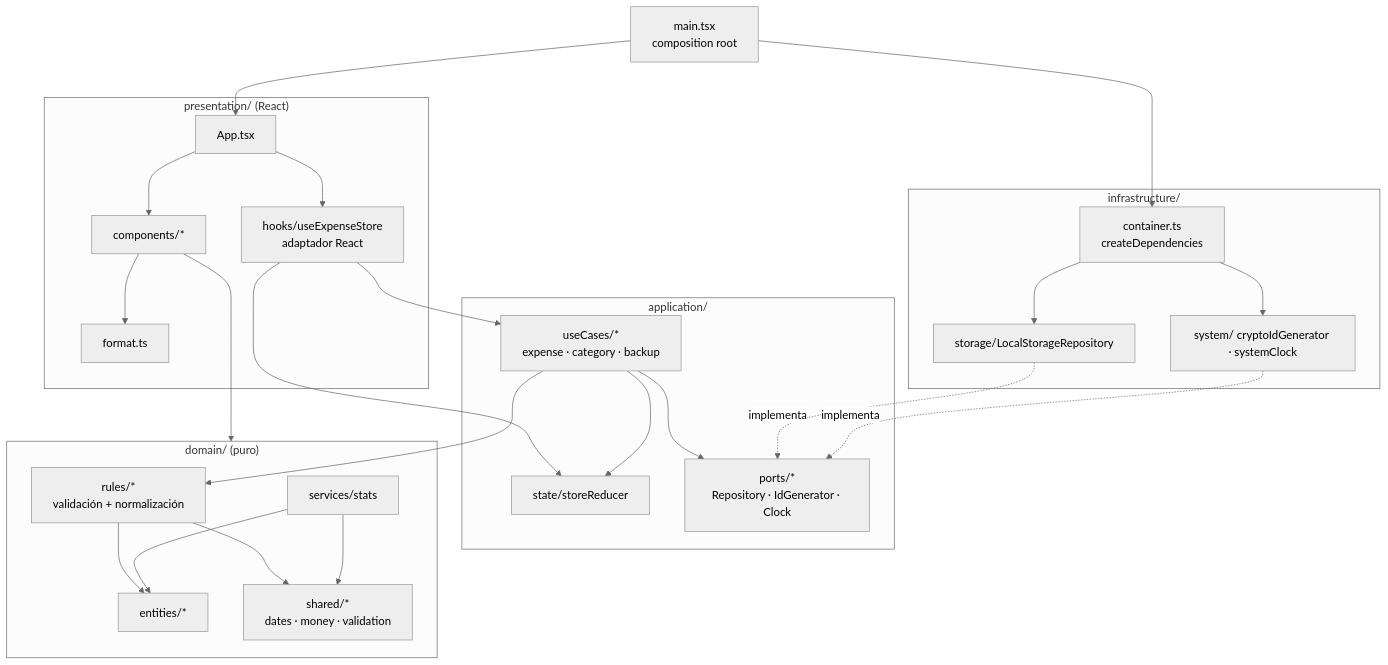
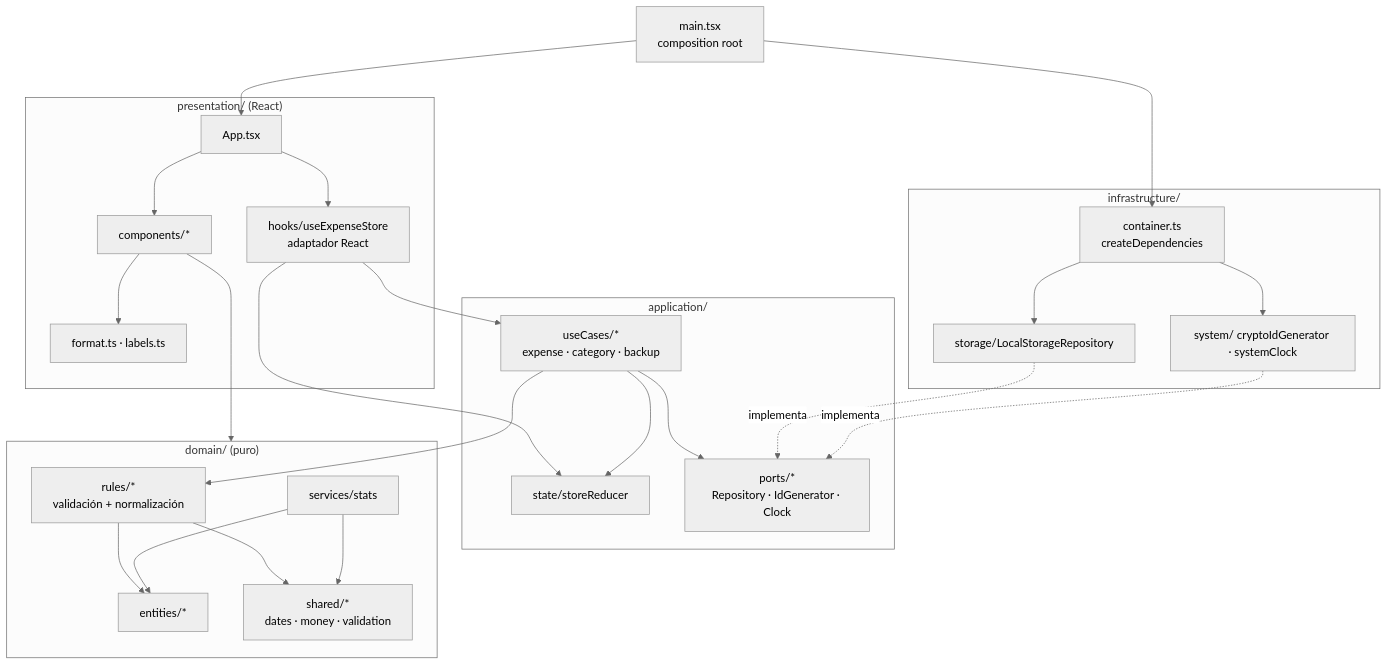
The first of 2 diagrams in docs/ARQUITECTURA.md (kevinsonalo/gastos-app), drawn with Mermaid (neutral theme) before and after one commit. The commit also changed other lines of this file and 5 other files, not shown here.

````diff
--- a/docs/ARQUITECTURA.md
+++ b/docs/ARQUITECTURA.md
@@ -30,42 +30,42 @@
 ```mermaid
 flowchart TD
     Main["main.tsx<br/>composition root"]
 
     subgraph P["presentation/ (React)"]
         App[App.tsx]
         Comp[components/*]
         Hook[hooks/useExpenseStore<br/>adaptador React]
-        Fmt[format.ts]
+        Fmt[format.ts · labels.ts]
     end
 
     subgraph A["application/"]
         UC[useCases/*<br/>expense · category · backup]
         St[state/storeReducer]
         Ports[ports/*<br/>Repository · IdGenerator · Clock]
     end
 
     subgraph D["domain/ (puro)"]
         Ent[entities/*]
         Rules[rules/*<br/>validación + normalización]
         Svc[services/stats]
         Sh[shared/*<br/>dates · money · validation]
     end
 
     subgraph I["infrastructure/"]
         LSR[storage/LocalStorageRepository]
         Sys[system/ cryptoIdGenerator · systemClock]
         Cont[container.ts<br/>createDependencies]
     end
 
     Main --> Cont & App
     App --> Comp & Hook
     Comp --> Fmt
     Hook --> UC & St
     Comp --> D
     UC --> Rules & Ports & St
     Rules --> Ent & Sh
     Svc --> Ent & Sh
     LSR -. implementa .-> Ports
     Sys -. implementa .-> Ports
     Cont --> LSR & Sys
 ```
````
